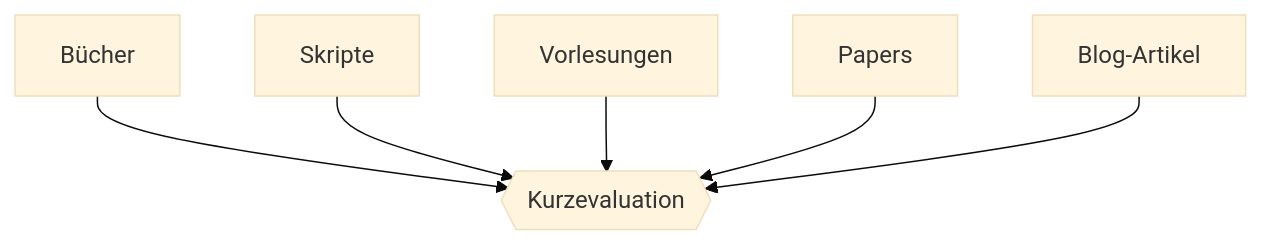
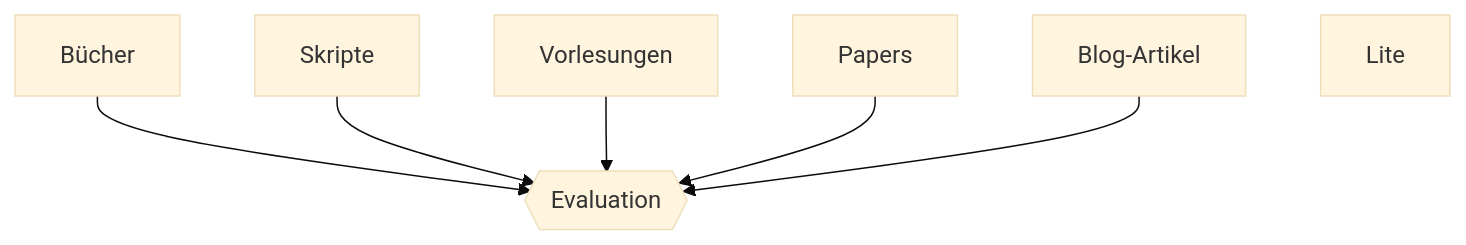
The diagram in System/Informationsverarbeitung.md (julianstoerig/zettelkasten), drawn with Mermaid (base theme) before and after one commit. The commit also changed 1 other file, not shown here.

Commit message:
automatic version-control: 2021-01-11 22:25:50

````diff
--- a/System/Informationsverarbeitung.md
+++ b/System/Informationsverarbeitung.md
@@ -1,14 +1,16 @@
 ```mermaid
 graph TD;
 
 B["Bücher"]
 S["Skripte"]
 V["Vorlesungen"]
 P["Papers"]
 A["Blog-Artikel"]
 
-T{{"Kurzevaluation"}}
+E{{"Evaluation"}}
 
-B & S & V & P & A --> T;
+L["Lite"]
+
+B & S & V & P & A --> E;
 
 ```
````
